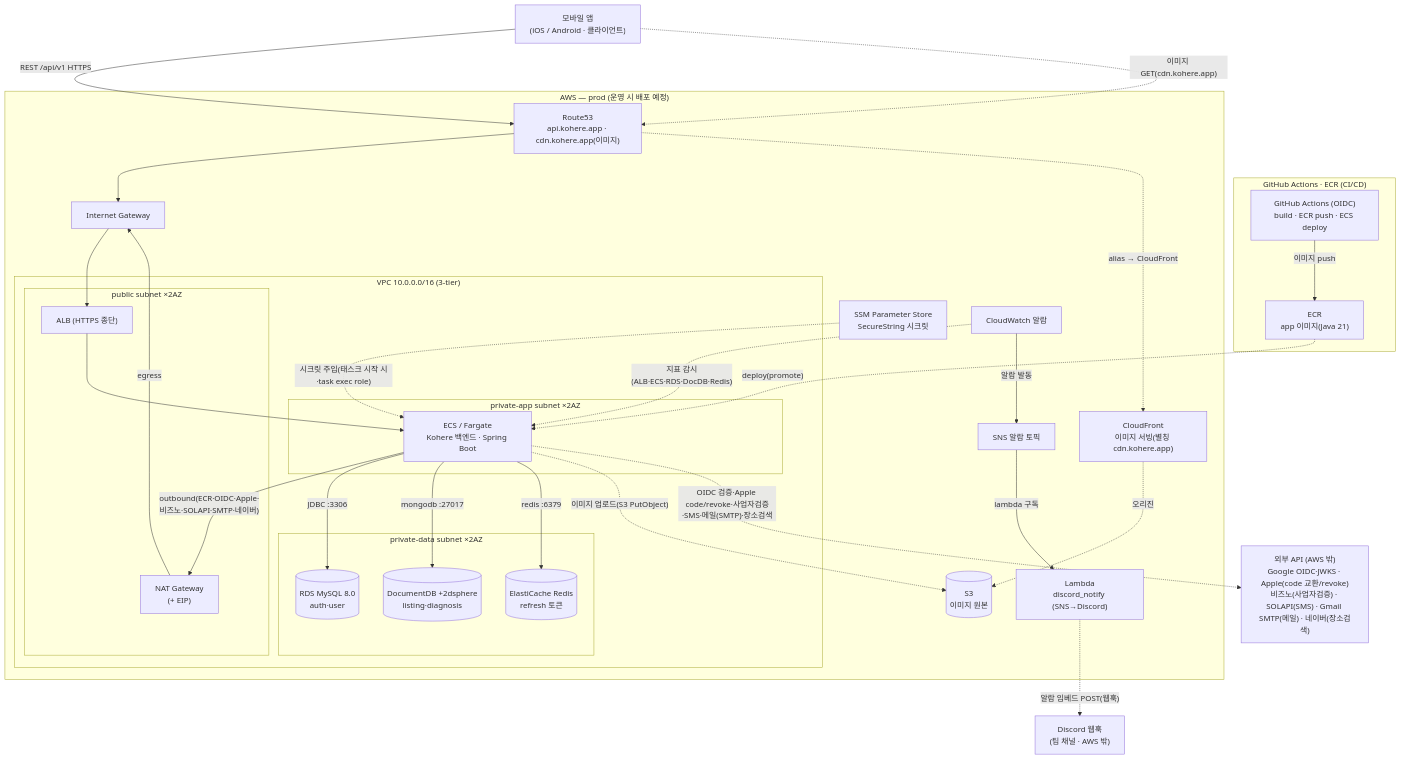
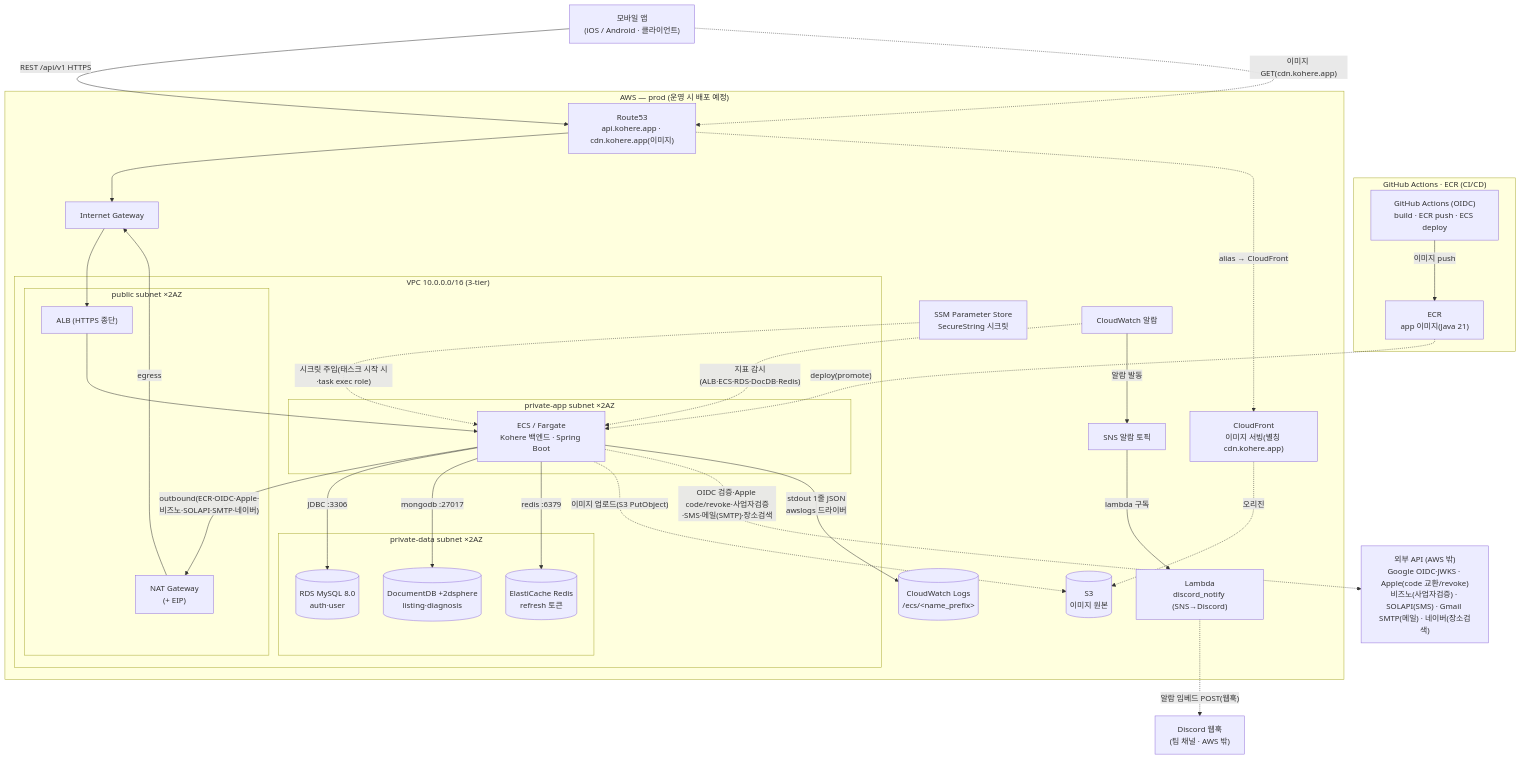
The fourth of 5 diagrams in docs/architecture/system-overview.md (jameskim9509/Kohere-backend), drawn with Mermaid before and after one commit. The commit also changed other lines of this file, not shown here.

First line of the commit message:
docs(architecture): system-overview에 로깅·CloudWatch 반영

````diff
--- a/docs/architecture/system-overview.md
+++ b/docs/architecture/system-overview.md
@@ -197,58 +199,60 @@
 ```mermaid
 flowchart TB
     APP["모바일 앱<br/>(iOS / Android · 클라이언트)"]
     EXT["외부 API (AWS 밖)<br/>Google OIDC·JWKS · Apple(code 교환/revoke)<br/>비즈노(사업자검증) · SOLAPI(SMS) · Gmail SMTP(메일) · 네이버(장소검색)"]
     DISCORD["Discord 웹훅<br/>(팀 채널 · AWS 밖)"]
 
     subgraph CICD["GitHub Actions · ECR (CI/CD)"]
       GHA["GitHub Actions (OIDC)<br/>build · ECR push · ECS deploy"]
       ECR["ECR<br/>app 이미지(Java 21)"]
     end
 
     subgraph AWS["AWS — prod (운영 시 배포 예정)"]
       R53["Route53<br/>api.kohere.app · cdn.kohere.app(이미지)"]
       CF["CloudFront<br/>이미지 서빙(별칭 cdn.kohere.app)"]
       S3IMG[("S3<br/>이미지 원본")]
       SSM["SSM Parameter Store<br/>SecureString 시크릿"]
       CW["CloudWatch 알람"]
+      CWLOG[("CloudWatch Logs<br/>/ecs/&lt;name_prefix&gt;")]
       SNS["SNS 알람 토픽"]
       LMBD["Lambda<br/>discord_notify (SNS→Discord)"]
       IGW["Internet Gateway"]
       subgraph VPC["VPC 10.0.0.0/16 (3-tier)"]
         subgraph PUB["public subnet ×2AZ"]
           ALB["ALB (HTTPS 종단)"]
           NAT["NAT Gateway<br/>(+ EIP)"]
         end
         subgraph APPNET["private-app subnet ×2AZ"]
           FARGATE["ECS / Fargate<br/>Kohere 백엔드 · Spring Boot"]
         end
         subgraph DATANET["private-data subnet ×2AZ"]
           RDS[("RDS MySQL 8.0<br/>auth·user")]
           MONGO[("DocumentDB +2dsphere<br/>listing·diagnosis")]
           ELASTI[("ElastiCache Redis<br/>refresh 토큰")]
         end
       end
     end
 
     GHA -- "이미지 push" --> ECR
     ECR -. "deploy(promote)" .-> FARGATE
     APP -- "REST /api/v1 HTTPS" --> R53
     R53 --> IGW
     IGW --> ALB
     ALB --> FARGATE
     FARGATE -- "outbound(ECR·OIDC·Apple·비즈노·SOLAPI·SMTP·네이버)" --> NAT
     NAT -- "egress" --> IGW
     SSM -. "시크릿 주입(태스크 시작 시·task exec role)" .-> FARGATE
     FARGATE -- "JDBC :3306" --> RDS
     FARGATE -- "mongodb :27017" --> MONGO
     FARGATE -- "redis :6379" --> ELASTI
     FARGATE -. "이미지 업로드(S3 PutObject)" .-> S3IMG
     CF -. "오리진" .-> S3IMG
     APP -. "이미지 GET(cdn.kohere.app)" .-> R53
     R53 -. "alias → CloudFront" .-> CF
     FARGATE -. "OIDC 검증·Apple code/revoke·사업자검증·SMS·메일(SMTP)·장소검색" .-> EXT
     CW -. "지표 감시(ALB·ECS·RDS·DocDB·Redis)" .-> FARGATE
+    FARGATE -- "stdout 1줄 JSON<br/>awslogs 드라이버" --> CWLOG
     CW -- "알람 발동" --> SNS
     SNS -- "lambda 구독" --> LMBD
     LMBD -. "알람 임베드 POST(웹훅)" .-> DISCORD
 ```
````
